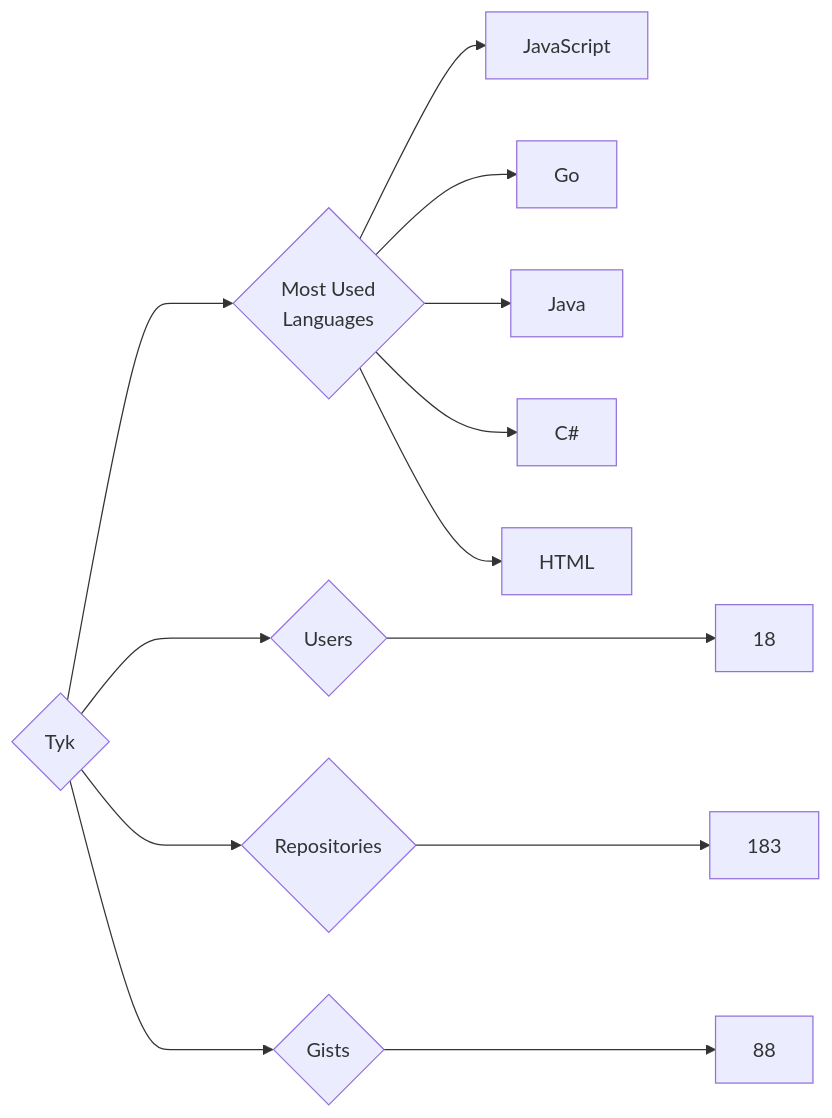
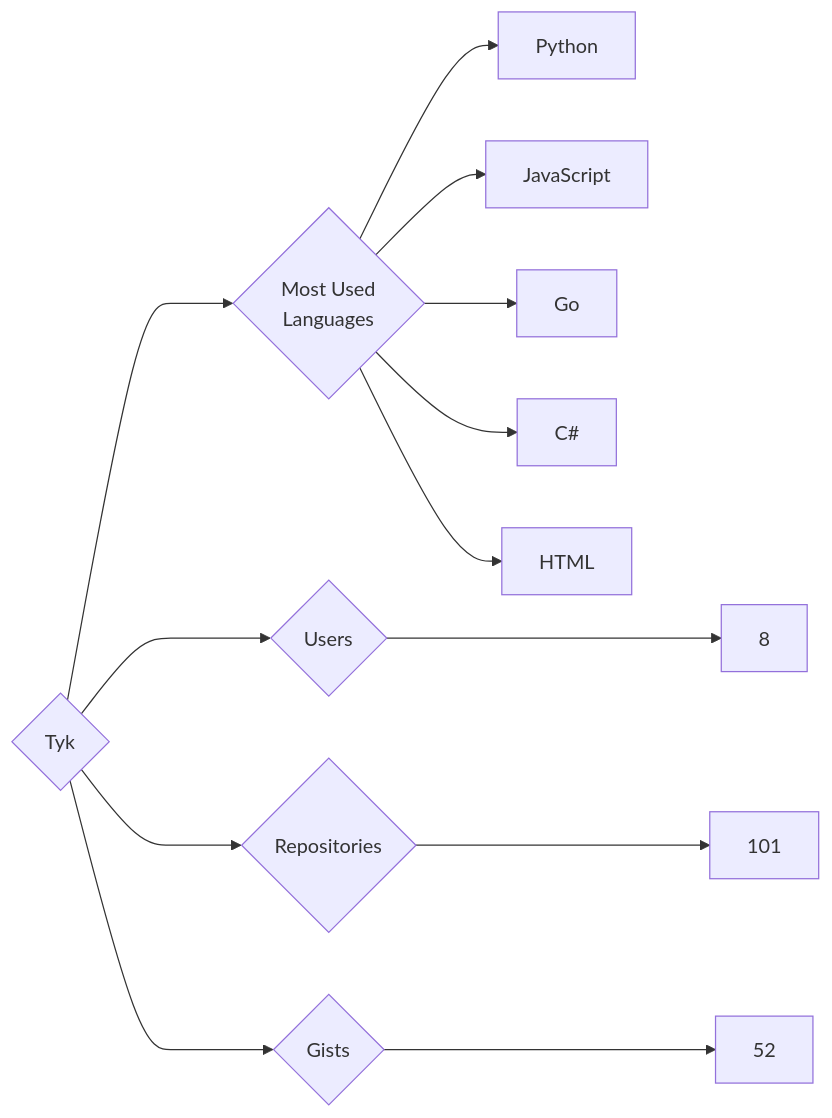
Before and after one commit to trickest/insiders: the diagram in targets/Tyk/README.md, drawn with Mermaid. The commit also changed 995 other files, not shown here.

````diff
--- a/targets/Tyk/README.md
+++ b/targets/Tyk/README.md
@@ -3,13 +3,13 @@
 ```mermaid
 graph LR
 COMPANY_NAME{Tyk}
-COMPANY_NAME ---> U{Users} ---> UN[18]
-COMPANY_NAME ---> R{Repositories} ---> RN[183]
-COMPANY_NAME ---> G{Gists} ---> GN[88]
+COMPANY_NAME ---> U{Users} ---> UN[8]
+COMPANY_NAME ---> R{Repositories} ---> RN[101]
+COMPANY_NAME ---> G{Gists} ---> GN[52]
 COMPANY_NAME ---> ML{Most Used<br>Languages}
+ML --> Python[Python]
 ML --> JavaScript[JavaScript]
 ML --> Go[Go]
-ML --> Java[Java]
 ML --> C#[C#]
 ML --> HTML[HTML]
 ```
````
